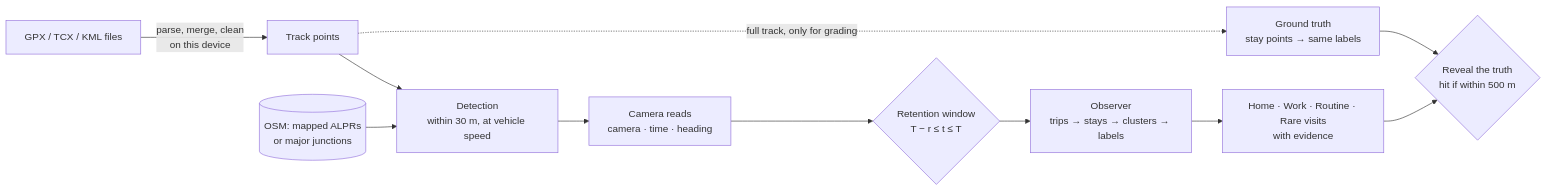
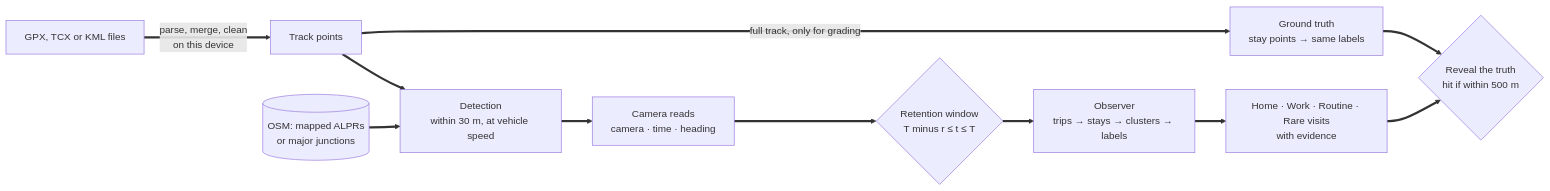
Before and after one commit to Kats0ulas/plate-trail: the diagram in README.md, drawn with Mermaid. The commit also changed other lines of this file and 142 other files, not shown here.

````diff
--- a/README.md
+++ b/README.md
@@ -24,13 +28,13 @@
 ```mermaid
 flowchart LR
-  A[GPX / TCX / KML files] -->|parse, merge, clean<br/>on this device| B[Track points]
-  C[(OSM: mapped ALPRs<br/>or major junctions)] --> D
-  B --> D[Detection<br/>within 30 m, at vehicle speed]
-  D --> E[Camera reads<br/>camera · time · heading]
-  E --> F{Retention window<br/>T − r ≤ t ≤ T}
-  F --> G[Observer<br/>trips → stays → clusters → labels]
-  G --> H[Home · Work · Routine · Rare visits<br/>with evidence]
-  B -. full track, only for grading .-> I[Ground truth<br/>stay points → same labels]
-  I --> J{Reveal the truth<br/>hit if within 500 m}
-  H --> J
+  A[GPX, TCX or KML files] ==>|parse, merge, clean<br/>on this device| B[Track points]
+  C[(OSM: mapped ALPRs<br/>or major junctions)] ==> D
+  B ==> D[Detection<br/>within 30 m, at vehicle speed]
+  D ==> E[Camera reads<br/>camera · time · heading]
+  E ==> F{Retention window<br/>T minus r ≤ t ≤ T}
+  F ==> G[Observer<br/>trips → stays → clusters → labels]
+  G ==> H[Home · Work · Routine · Rare visits<br/>with evidence]
+  B ==>|full track, only for grading| I[Ground truth<br/>stay points → same labels]
+  I ==> J{Reveal the truth<br/>hit if within 500 m}
+  H ==> J
 ```
````
